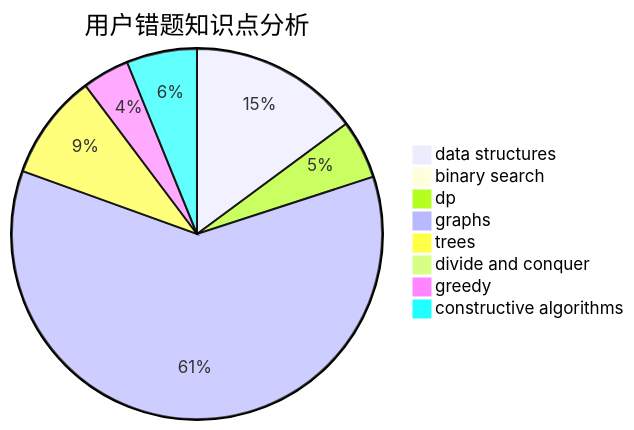
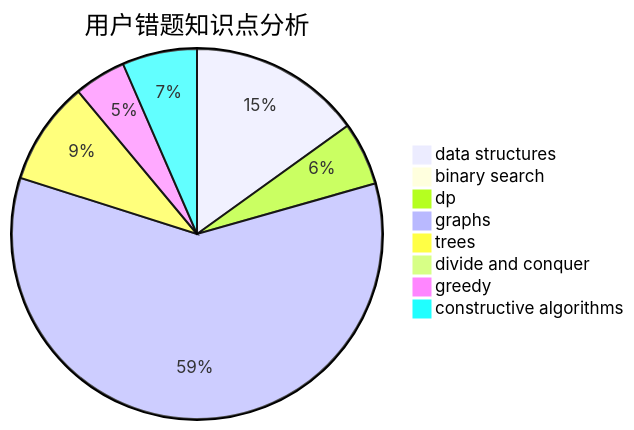
Before and after one commit to sherpahu/cfrs.github.io: the third of 3 diagrams in docs/user/u681.md, drawn with Mermaid. The commit also changed other lines of this file and 2770 other files, not shown here.

````diff
--- a/docs/user/u681.md
+++ b/docs/user/u681.md
@@ -36,11 +36,11 @@
 ```mermaid
 pie title 用户错题知识点分析
-    "data structures" :  29
+    "data structures" :  30
     "binary search" :  0
-    "dp" :  10
+    "dp" :  11
     "graphs" :  118
     "trees" :  18
     "divide and conquer" :  0
-    "greedy" :  8
-    "constructive algorithms" :  12
+    "greedy" :  9
+    "constructive algorithms" :  13
 ```
````
